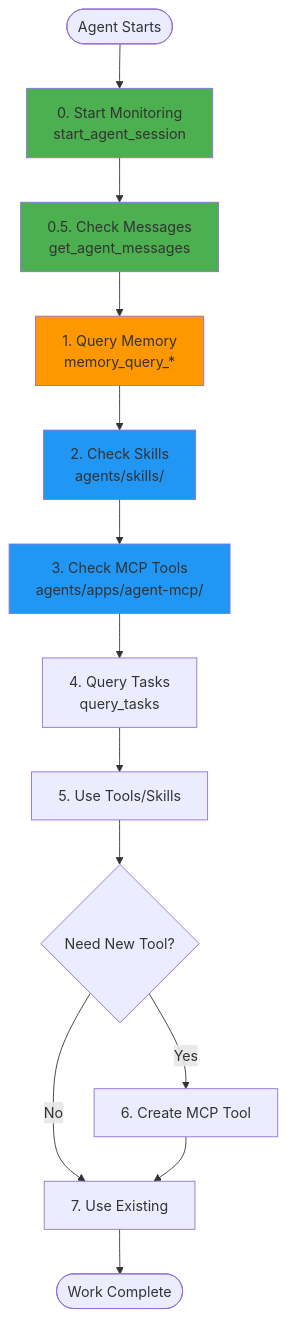
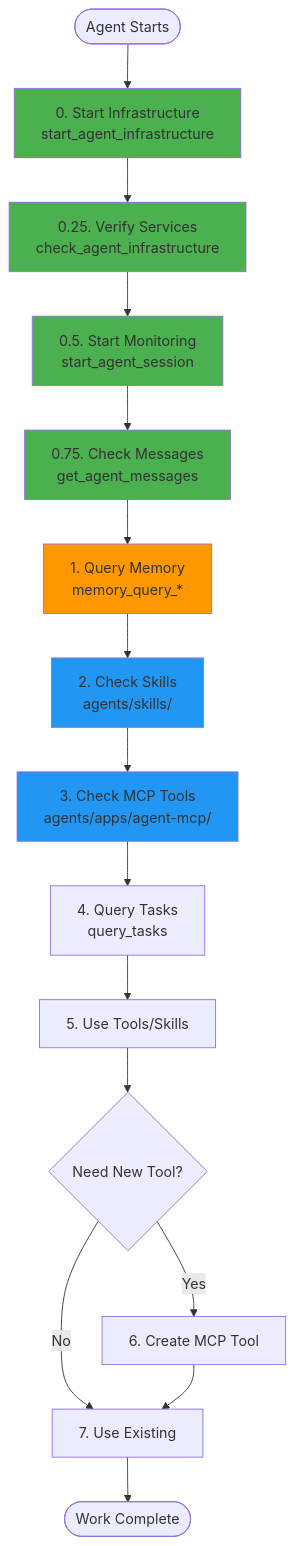
Before and after one commit to unarmedpuppy/homelab-ai: the sixth of 20 diagrams in agents/docs/COMPLETE_SYSTEM_VISUALIZATION.md, drawn with Mermaid. The commit also changed other lines of this file and 143 other files, not shown here.

````diff
--- a/agents/docs/COMPLETE_SYSTEM_VISUALIZATION.md
+++ b/agents/docs/COMPLETE_SYSTEM_VISUALIZATION.md
@@ -268,21 +311,25 @@
 ```mermaid
 flowchart TD
-    Start([Agent Starts]) --> Step0[0. Start Monitoring<br/>start_agent_session]
-    Step0 --> Step0_5[0.5. Check Messages<br/>get_agent_messages]
-    Step0_5 --> Step1[1. Query Memory<br/>memory_query_*]
+    Start([Agent Starts]) --> Step0[0. Start Infrastructure<br/>start_agent_infrastructure]
+    Step0 --> Step0_25[0.25. Verify Services<br/>check_agent_infrastructure]
+    Step0_25 --> Step0_5[0.5. Start Monitoring<br/>start_agent_session]
+    Step0_5 --> Step0_75[0.75. Check Messages<br/>get_agent_messages]
+    Step0_75 --> Step1[1. Query Memory<br/>memory_query_*]
     Step1 --> Step2[2. Check Skills<br/>agents/skills/]
     Step2 --> Step3[3. Check MCP Tools<br/>agents/apps/agent-mcp/]
     Step3 --> Step4[4. Query Tasks<br/>query_tasks]
     Step4 --> Step5[5. Use Tools/Skills]
     Step5 --> Step6{Need New Tool?}
     Step6 -->|Yes| Step7[6. Create MCP Tool]
     Step6 -->|No| Step8[7. Use Existing]
     Step7 --> Step8
     Step8 --> End([Work Complete])
     
     style Step0 fill:#4caf50
+    style Step0_25 fill:#4caf50
     style Step0_5 fill:#4caf50
+    style Step0_75 fill:#4caf50
     style Step1 fill:#ff9800
     style Step2 fill:#2196f3
     style Step3 fill:#2196f3
 ```
````
